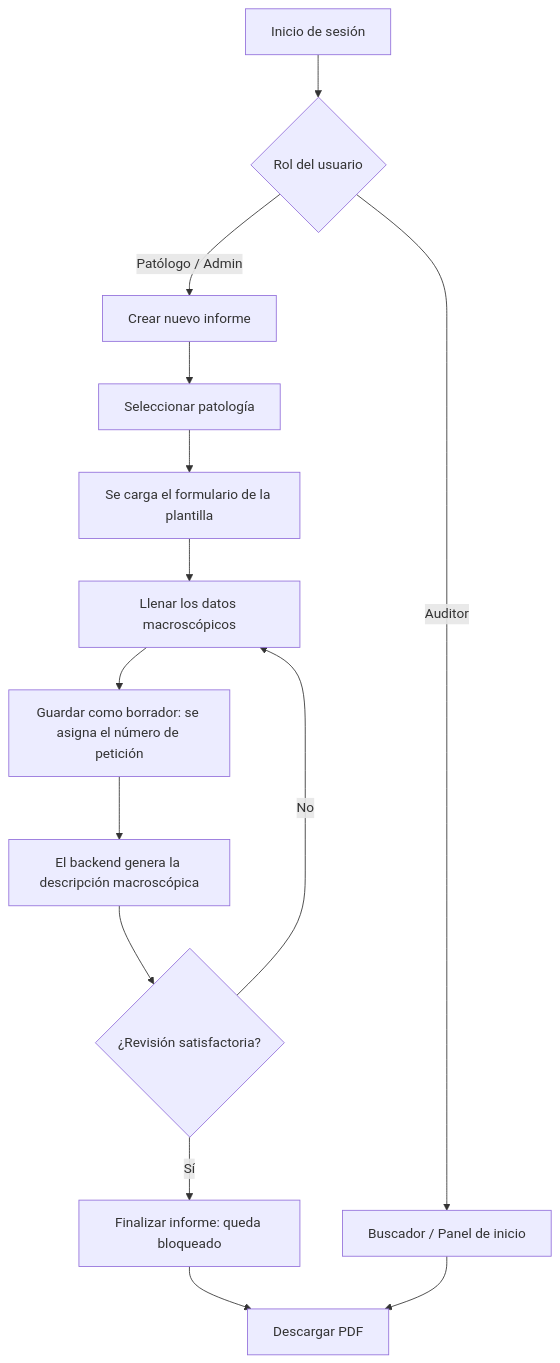
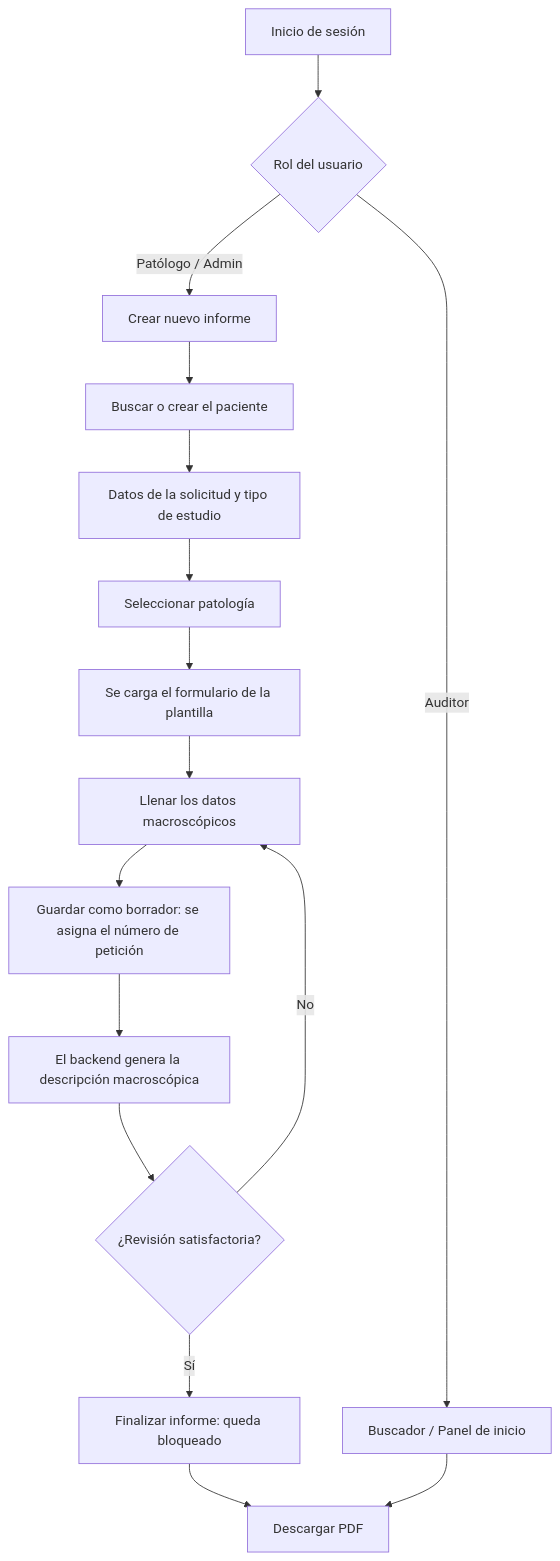
One commit to juansalamanca01-glitch/patologia-app changed the diagram in README.md. Above: the diagram before and after it, drawn with Mermaid. The commit also changed other lines of this file and 35 other files, not shown here.

First line of the commit message:
feat: datos de la solicitud (informe v2, etapa 4)

````diff
--- a/README.md
+++ b/README.md
@@ -453,16 +467,18 @@
 ```mermaid
 graph TD
     A[Inicio de sesión] --> B{Rol del usuario}
     B -->|Patólogo / Admin| C[Crear nuevo informe]
     B -->|Auditor| D[Buscador / Panel de inicio]
-    C --> E[Seleccionar patología]
+    C --> P[Buscar o crear el paciente]
+    P --> S[Datos de la solicitud y tipo de estudio]
+    S --> E[Seleccionar patología]
     E --> F[Se carga el formulario de la plantilla]
     F --> G[Llenar los datos macroscópicos]
     G --> H[Guardar como borrador: se asigna el número de petición]
     H --> I[El backend genera la descripción macroscópica]
     I --> J{¿Revisión satisfactoria?}
     J -->|No| G
     J -->|Sí| K[Finalizar informe: queda bloqueado]
     K --> L[Descargar PDF]
     D --> L
 ```
````
